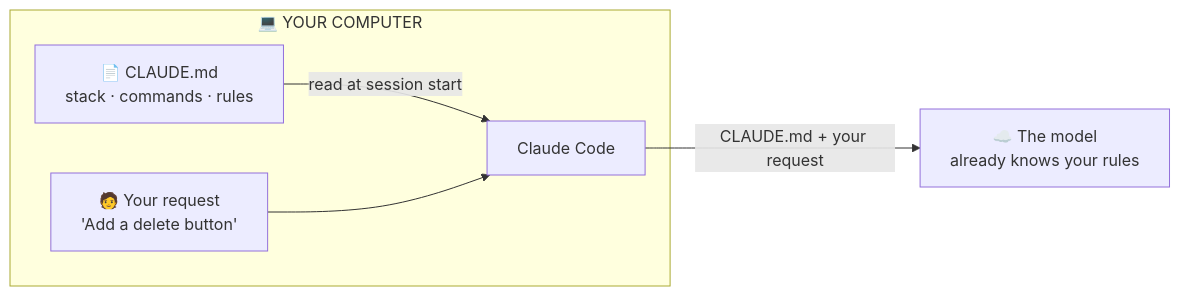
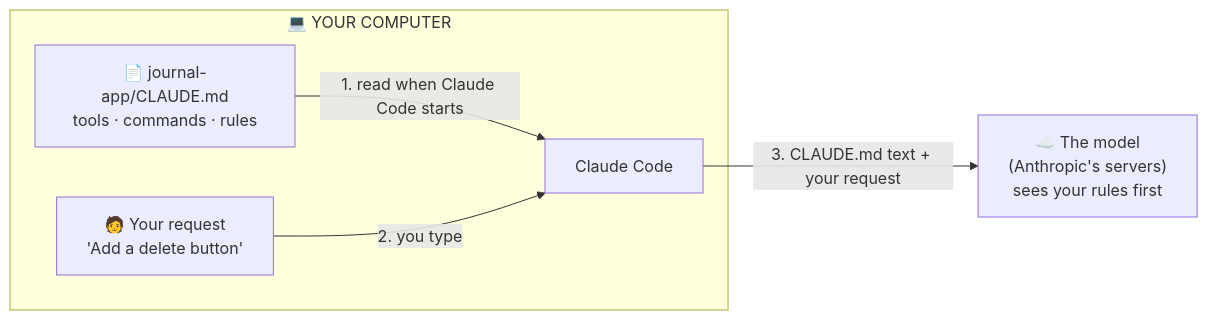
Before and after one commit to nirajp82/ClaudeArchitectProfessionalStudyGuide: the first of 2 diagrams in 01_ClaudeCode101/08-claude-md-file.md, drawn with Mermaid. The commit also changed other lines of this file and 1 other file, not shown here.

````diff
--- a/01_ClaudeCode101/08-claude-md-file.md
+++ b/01_ClaudeCode101/08-claude-md-file.md
@@ -77,11 +161,11 @@
 ```mermaid
 flowchart LR
     subgraph PC["💻 YOUR COMPUTER"]
-        F["📄 CLAUDE.md<br/>stack · commands · rules"]
+        F["📄 journal-app/CLAUDE.md<br/>tools · commands · rules"]
         CC["Claude Code"]
         Y["🧑 Your request<br/>'Add a delete button'"]
     end
-    F -- "read at session start" --> CC
-    Y --> CC
-    CC -- "CLAUDE.md + your request" --> M["☁️ The model<br/>already knows your rules"]
+    F -- "1. read when Claude Code starts" --> CC
+    Y -- "2. you type" --> CC
+    CC -- "3. CLAUDE.md text + your request" --> M["☁️ The model<br/>(Anthropic's servers)<br/>sees your rules first"]
 ```
````
